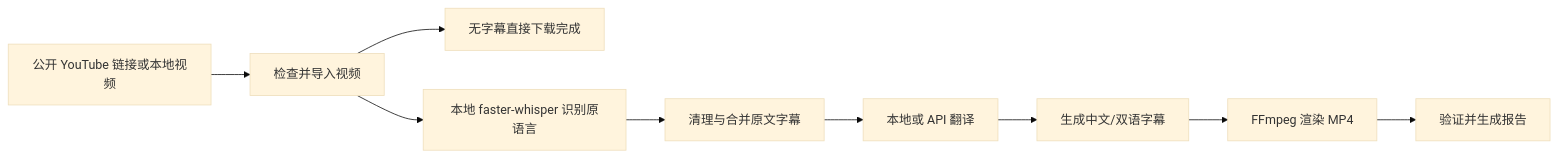
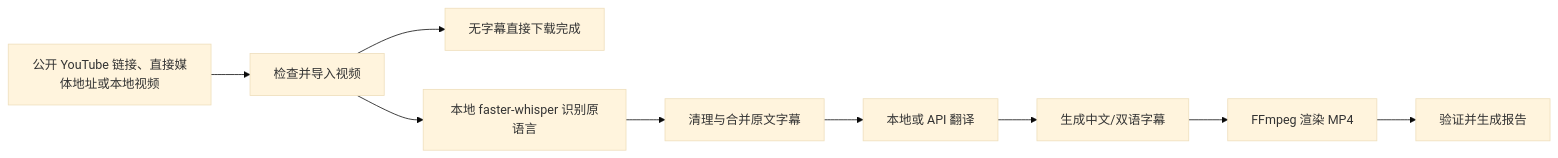
One commit to lujiangyancheng-jpg/youtube-chinese-localization-pipeline changed the diagram in docs/USER_GUIDE.zh-CN.md. Above: the diagram before and after it, drawn with Mermaid (base theme). The commit also changed other lines of this file and 14 other files, not shown here.

````diff
--- a/docs/USER_GUIDE.zh-CN.md
+++ b/docs/USER_GUIDE.zh-CN.md
@@ -25,11 +25,11 @@
 ```mermaid
 flowchart LR
-    A["公开 YouTube 链接或本地视频"] --> B["检查并导入视频"]
+    A["公开 YouTube 链接、直接媒体地址或本地视频"] --> B["检查并导入视频"]
     B --> J["无字幕直接下载完成"]
     B --> C["本地 faster-whisper 识别原语言"]
     C --> D["清理与合并原文字幕"]
     D --> F["本地或 API 翻译"]
     F --> G["生成中文/双语字幕"]
     G --> H["FFmpeg 渲染 MP4"]
     H --> I["验证并生成报告"]
 ```
````
